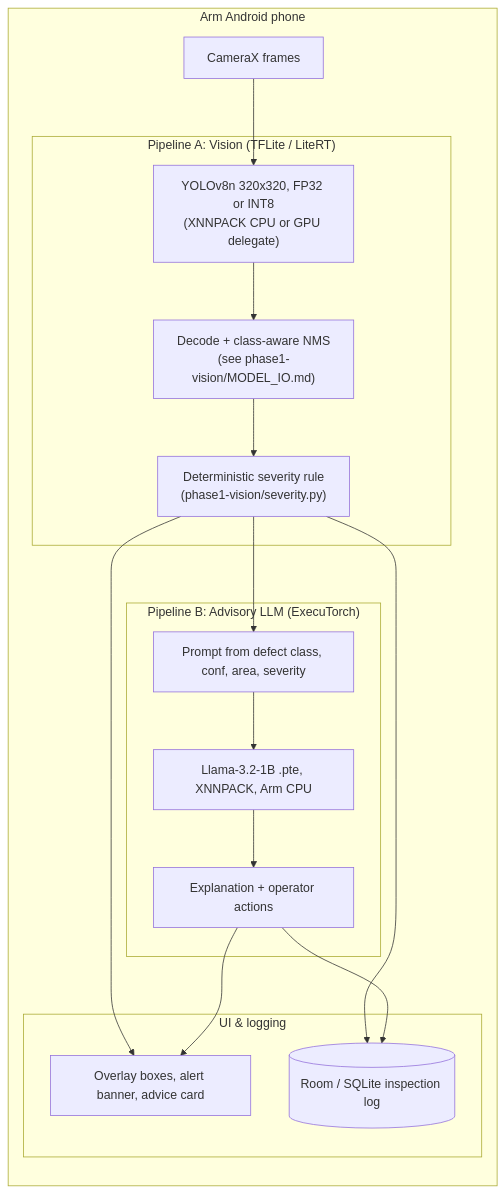
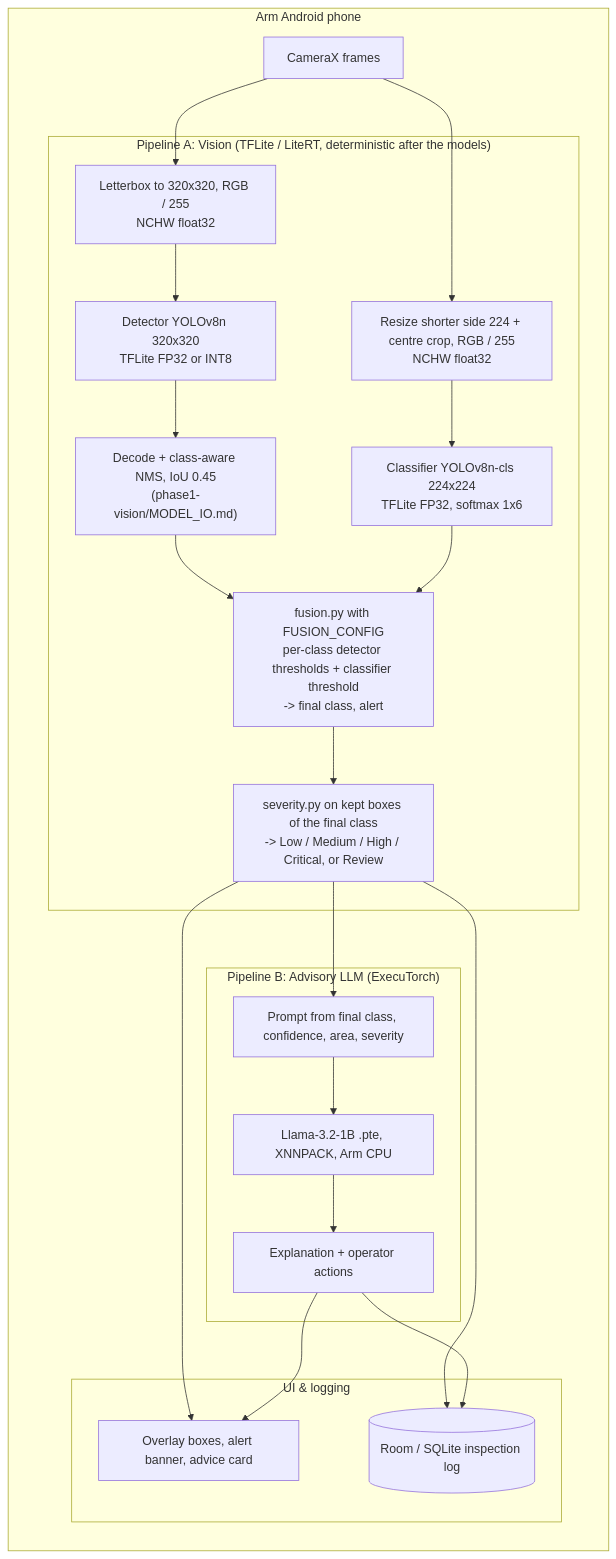
Before and after one commit to ajaybahuguna17/qc-defect-detector: the diagram in PROJECT_CONTEXT.md, drawn with Mermaid. The commit also changed other lines of this file, not shown here.

Commit message:
Update project context: architecture, Phase 3 carry-overs, submission checklist

````diff
--- a/PROJECT_CONTEXT.md
+++ b/PROJECT_CONTEXT.md
@@ -41,31 +49,37 @@
 ```mermaid
 flowchart TD
     subgraph EdgeDevice ["Arm Android phone"]
         direction TB
         CAM["CameraX frames"]
 
-        subgraph PipelineA ["Pipeline A: Vision (TFLite / LiteRT)"]
-            TFLITE["YOLOv8n 320x320, FP32 or INT8\n(XNNPACK CPU or GPU delegate)"]
-            FILTER["Decode + class-aware NMS\n(see phase1-vision/MODEL_IO.md)"]
-            SEV["Deterministic severity rule\n(phase1-vision/severity.py)"]
+        subgraph PipelineA ["Pipeline A: Vision (TFLite / LiteRT, deterministic after the models)"]
+            PRE_DET["Letterbox to 320x320, RGB / 255\nNCHW float32"]
+            DET["Detector YOLOv8n 320x320\nTFLite FP32 or INT8"]
+            NMS["Decode + class-aware NMS, IoU 0.45\n(phase1-vision/MODEL_IO.md)"]
+            PRE_CLS["Resize shorter side 224 + centre crop, RGB / 255\nNCHW float32"]
+            CLS["Classifier YOLOv8n-cls 224x224\nTFLite FP32, softmax 1x6"]
+            FUSE["fusion.py with FUSION_CONFIG\nper-class detector thresholds + classifier threshold\n-> final class, alert"]
+            SEV["severity.py on kept boxes of the final class\n-> Low / Medium / High / Critical, or Review"]
         end
 
         subgraph PipelineB ["Pipeline B: Advisory LLM (ExecuTorch)"]
-            PROMPT_GEN["Prompt from defect class, conf, area, severity"]
+            PROMPT_GEN["Prompt from final class, confidence, area, severity"]
             EXECUTORCH["Llama-3.2-1B .pte, XNNPACK, Arm CPU"]
             ADVICE["Explanation + operator actions"]
         end
 
         subgraph PersistenceUI ["UI & logging"]
             UI["Overlay boxes, alert banner, advice card"]
             ROOM[("Room / SQLite inspection log")]
         end
     end
 
-    CAM --> TFLITE --> FILTER --> SEV
+    CAM --> PRE_DET --> DET --> NMS --> FUSE
+    CAM --> PRE_CLS --> CLS --> FUSE
+    FUSE --> SEV
     SEV --> PROMPT_GEN --> EXECUTORCH --> ADVICE
     SEV --> UI
     ADVICE --> UI
     SEV --> ROOM
     ADVICE --> ROOM
 ```
````
